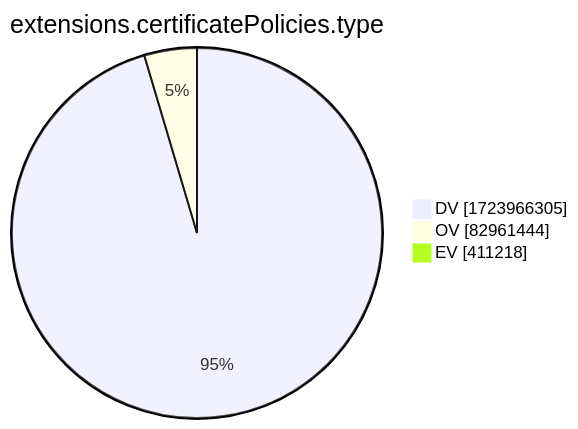
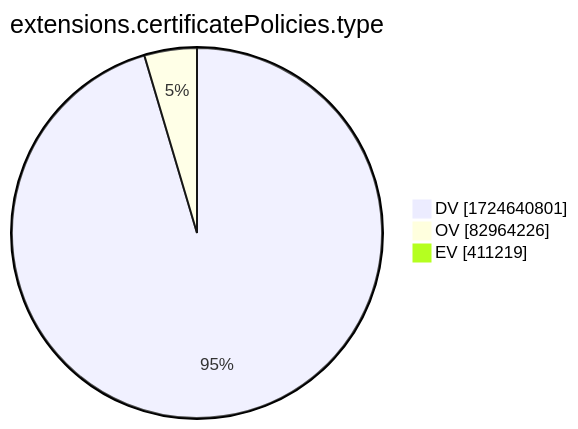
The tenth of 15 diagrams in xenon2022/README.md (christiankrug/ctmonitor_visualization), drawn with Mermaid before and after one commit. The commit also changed other lines of this file, not shown here.

````diff
--- a/xenon2022/README.md
+++ b/xenon2022/README.md
@@ -2881,7 +2881,7 @@
 ```mermaid
 pie showData
 title extensions.certificatePolicies.type
-"DV" :1723966305
-"OV" :82961444
-"EV" :411218
+"DV" :1724640801
+"OV" :82964226
+"EV" :411219
 ```
````
